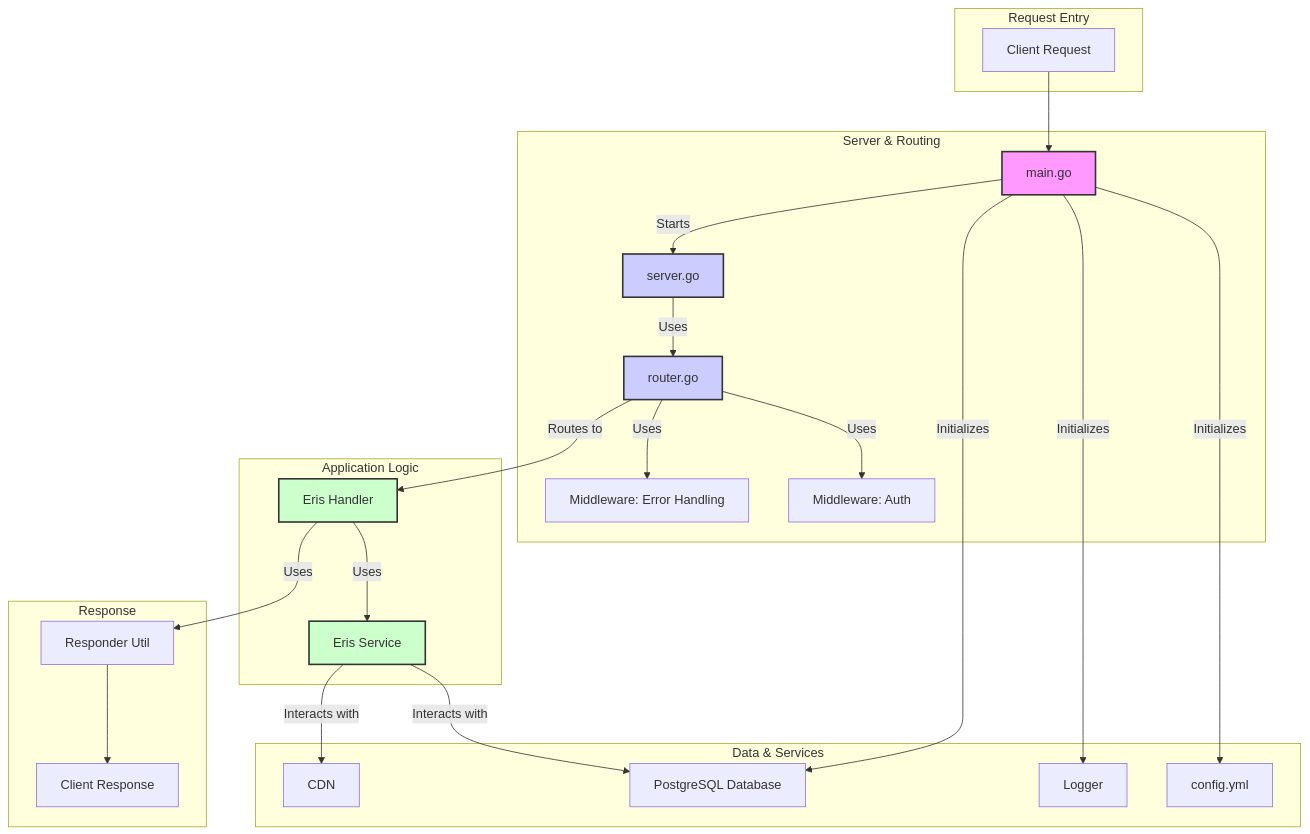
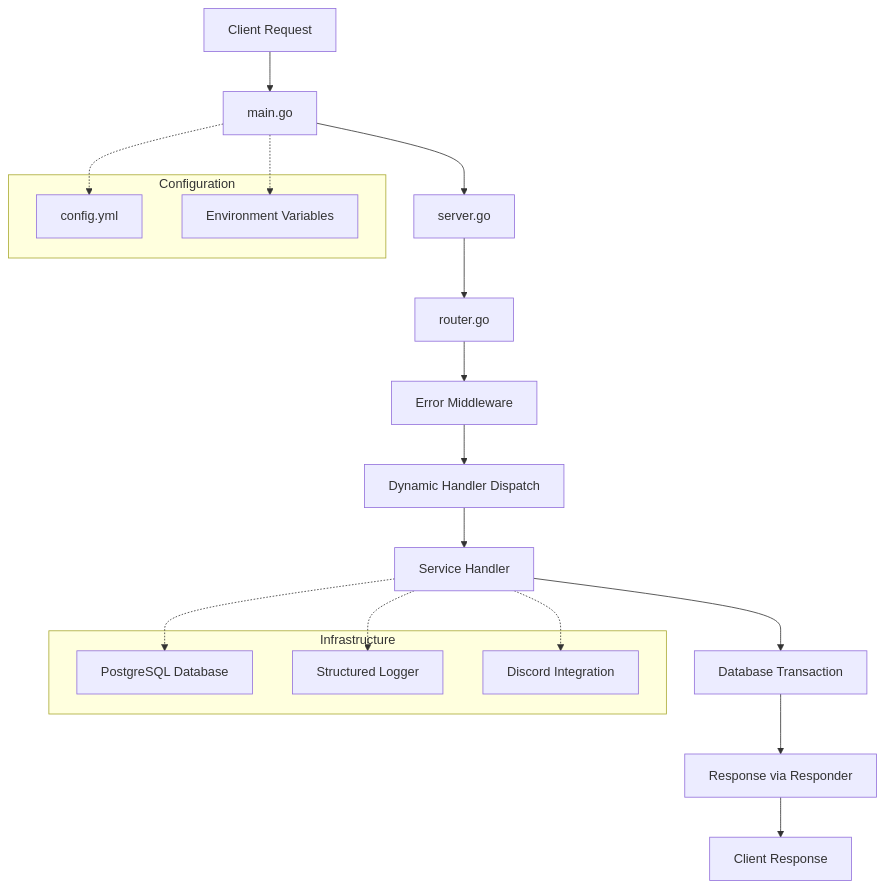
Before and after one commit to windows-fryer/Godin: the diagram in README.md, drawn with Mermaid. The commit also changed other lines of this file and 4 other files, not shown here.

Commit message:
Revamp README.md with updated project description, architecture overview, feature set, API reference, and development guidelines.

````diff
--- a/README.md
+++ b/README.md
@@ -20,52 +47,29 @@
 ```mermaid
 graph TD
-    subgraph "Request Entry"
-        A[Client Request]
+    A[Client Request] --> B[main.go]
+    B --> C[server.go]
+    C --> D[router.go]
+    D --> E[Error Middleware]
+    E --> F[Dynamic Handler Dispatch]
+    F --> G[Service Handler]
+    G --> H[Database Transaction]
+    H --> I[Response via Responder]
+    I --> J[Client Response]
+
+    subgraph "Configuration"
+        K[config.yml]
+        L[Environment Variables]
     end
 
-    subgraph "Server & Routing"
-        B[main.go]
-        C[server.go]
-        D[router.go]
-        E[Middleware: Auth]
-        F[Middleware: Error Handling]
+    subgraph "Infrastructure"
+        M[PostgreSQL Database]
+        N[Structured Logger]
+        O[Discord Integration]
     end
 
-    subgraph "Application Logic"
-        G[Eris Handler]
-        H[Eris Service]
-    end
-
-    subgraph "Data & Services"
-        I[PostgreSQL Database]
-        J[CDN]
-        K[config.yml]
-        L[Logger]
-    end
-
-    subgraph "Response"
-        M[Responder Util]
-        N[Client Response]
-    end
-
-    A --> B;
-    B -- Initializes --> K;
-    B -- Initializes --> L;
-    B -- Initializes --> I;
-    B -- Starts --> C;
-    C -- Uses --> D;
-    D -- Uses --> E;
-    D -- Uses --> F;
-    D -- Routes to --> G;
-    G -- Uses --> H;
-    H -- Interacts with --> I;
-    H -- Interacts with --> J;
-    G -- Uses --> M;
-    M --> N;
-
-    style B fill:#f9f,stroke:#333,stroke-width:2px
-    style C fill:#ccf,stroke:#333,stroke-width:2px
-    style D fill:#ccf,stroke:#333,stroke-width:2px
-    style G fill:#cfc,stroke:#333,stroke-width:2px
-    style H fill:#cfc,stroke:#333,stroke-width:2px
+    B -.-> K
+    B -.-> L
+    G -.-> M
+    G -.-> N
+    G -.-> O
 ```
````
